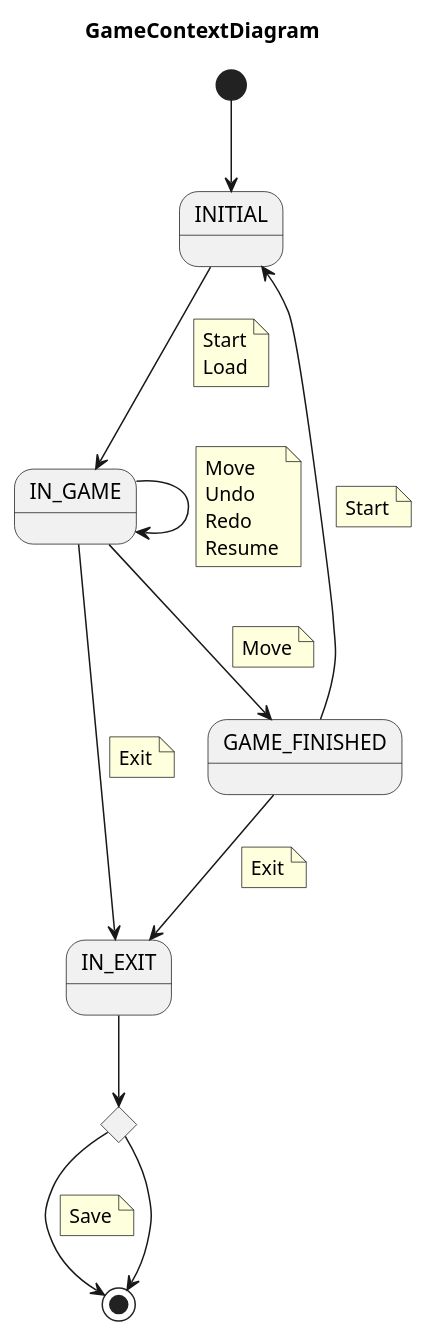
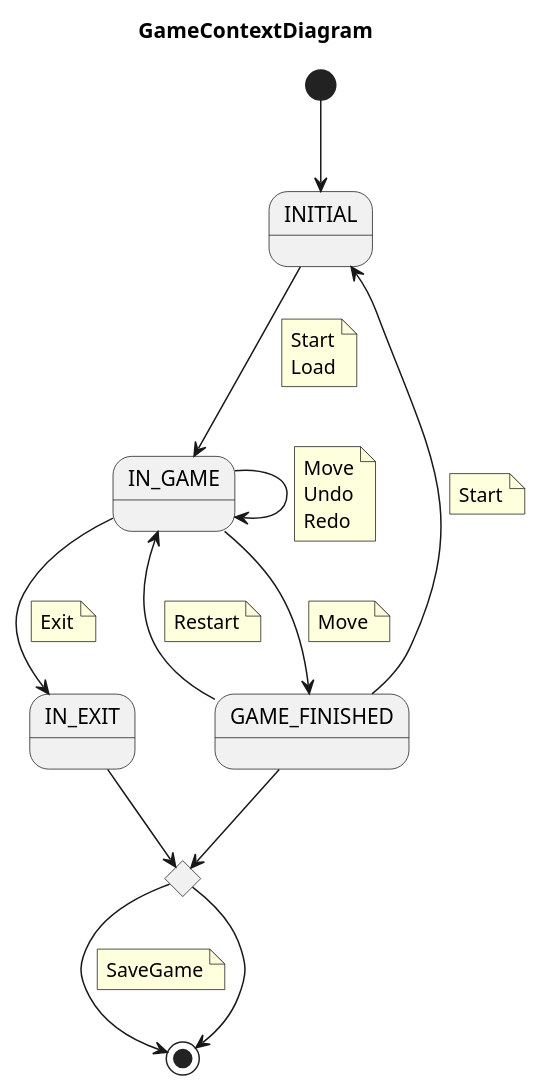
Before and after one commit to Master-Desarrollo-20-21/patrones-diseno---practica-final---juego-de-las-damas-fraylopez: the diagram in docs/src/use-cases/context/game-context.plantuml, drawn with PlantUML. The commit also changed 14 other files, not shown here.

Commit message:
update diagrams

```diff
--- a/docs/src/use-cases/context/game-context.plantuml
+++ b/docs/src/use-cases/context/game-context.plantuml
@@ -1,48 +1,49 @@
 @startuml StateDiagramFluxEditConfigState
 title GameContextDiagram
 state INITIAL
 state IN_GAME
 state GAME_FINISHED
 state IN_EXIT
 
 state IF <<choice>>
 
 [*] --> INITIAL
 
 INITIAL --> IN_GAME
     note on link
         Start
         Load
     end note
 IN_GAME --> IN_GAME
     note on link
         Move
         Undo
         Redo
-        Resume
+        ' Resume
     end note
 IN_GAME --> GAME_FINISHED
     note on link
         Move
     end note
 IN_GAME --> IN_EXIT
     note on link
         Exit
     end note
 IN_EXIT -->IF
 IF -->[*]
     note on link
-        Save
+        SaveGame
     end note
 
 IF --> [*]
 
 GAME_FINISHED --> INITIAL
     note on link
         Start
     end note
-GAME_FINISHED --> IN_EXIT
+GAME_FINISHED --> IN_GAME
     note on link
-        Exit
+        Restart
     end note
+GAME_FINISHED --> IF
 @enduml
```
